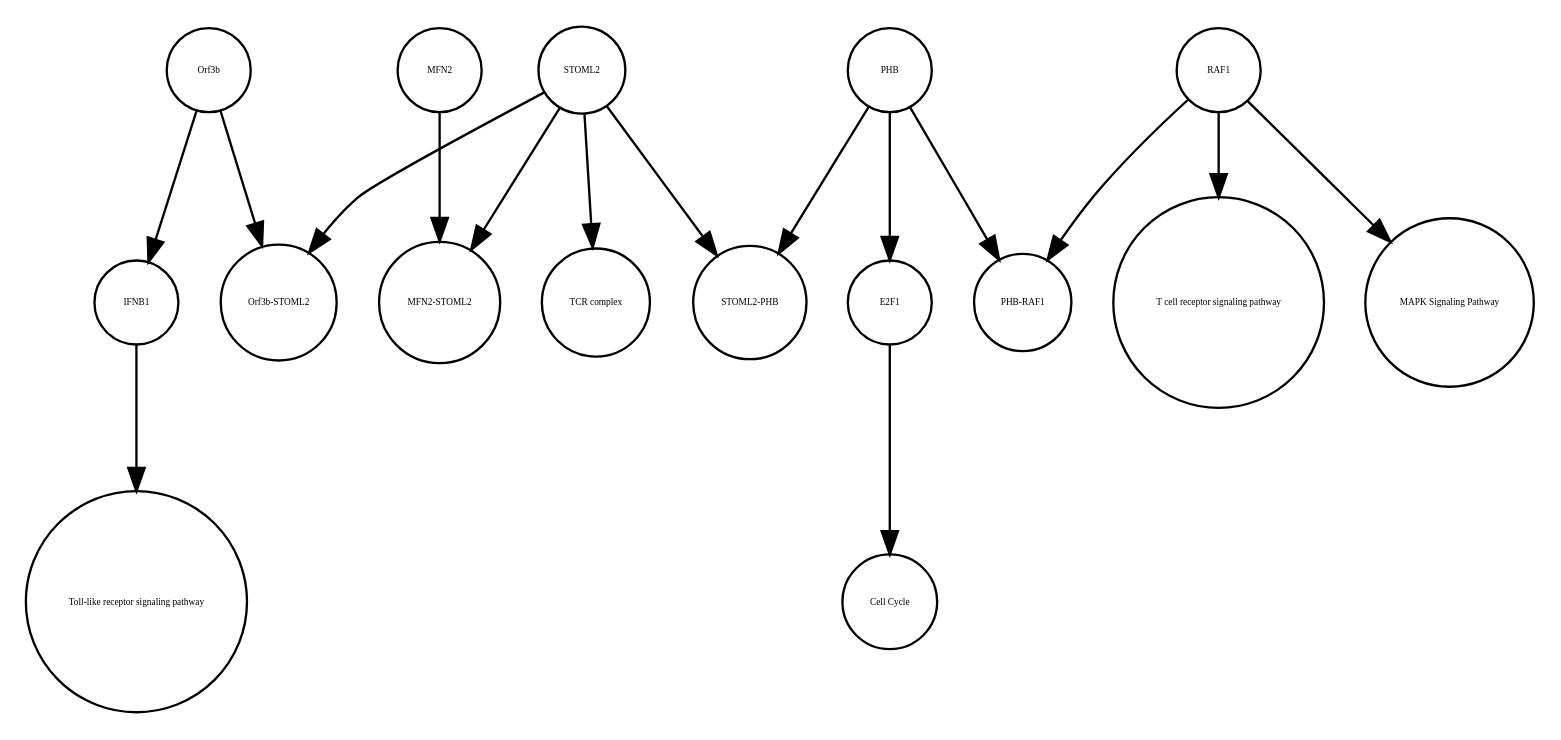
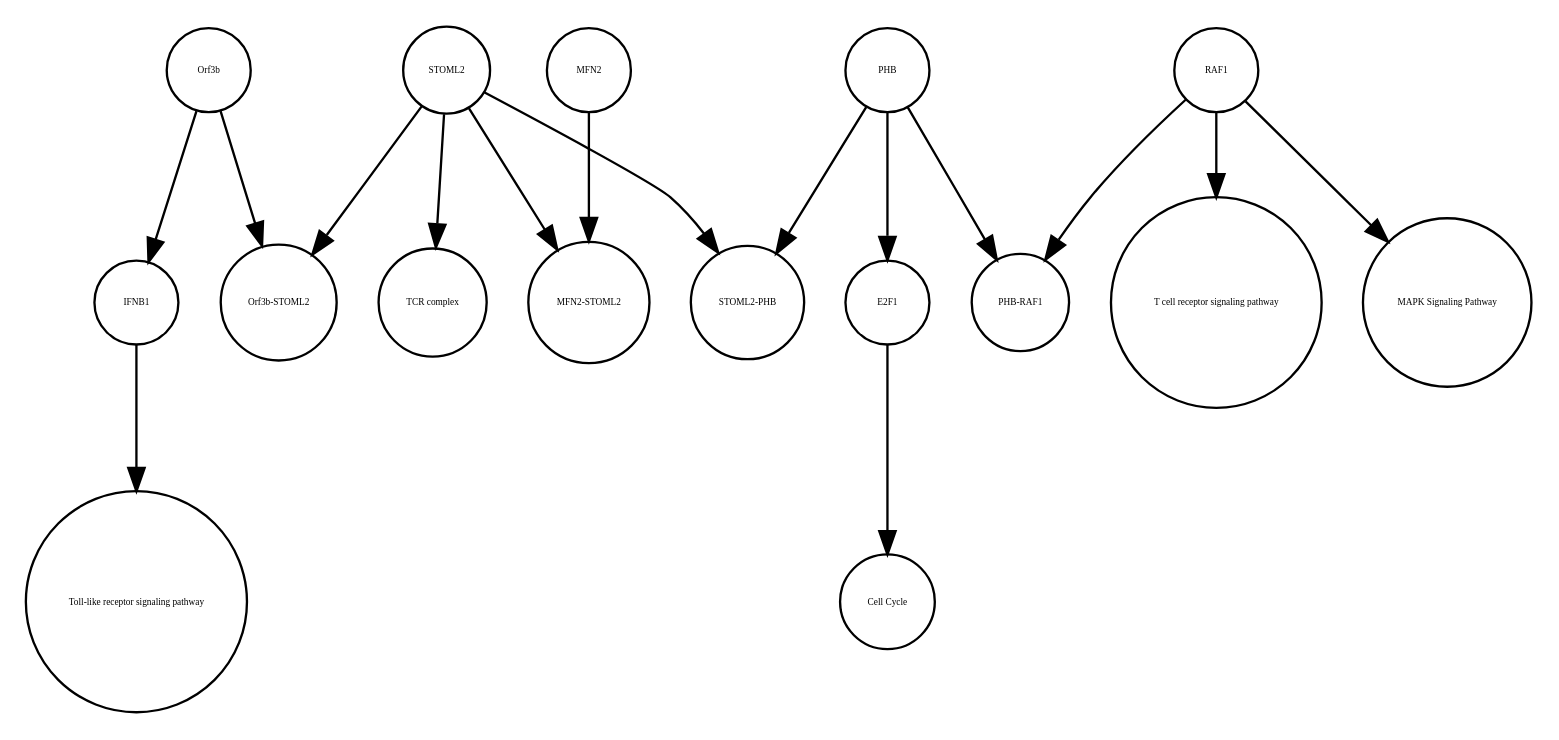
One commit to cannin/covid19-sbgn changed the diagram in Orf3b_0620_2020.xml_projected.dot. Above: the diagram before and after it, drawn with Graphviz. The commit also changed other lines of this file and 564 other files, not shown here.

```diff
--- a/Orf3b_0620_2020.xml_projected.dot
+++ b/Orf3b_0620_2020.xml_projected.dot
@@ -1,33 +1,33 @@
 strict digraph  {
 Orf3b [annotation="", bipartite=0, cls=macromolecule, fontsize=4, label=Orf3b, shape=circle];
 IFNB1 [annotation=urn_miriam_uniprot_P01574, bipartite=0, cls=macromolecule, fontsize=4, label=IFNB1, shape=circle];
 "Toll-like receptor signaling pathway" [annotation="urn_miriam_kegg.pathway_hsa04620", bipartite=0, cls=phenotype, fontsize=4, label="Toll-like receptor signaling pathway", shape=circle];
 PHB [annotation=urn_miriam_uniprot_P35232, bipartite=0, cls=macromolecule, fontsize=4, label=PHB, shape=circle];
 E2F1 [annotation=urn_miriam_uniprot_Q01094, bipartite=0, cls=macromolecule, fontsize=4, label=E2F1, shape=circle];
 "Cell Cycle" [annotation="urn_miriam_kegg.pathway_hsa04110", bipartite=0, cls=phenotype, fontsize=4, label="Cell Cycle", shape=circle];
 RAF1 [annotation=urn_miriam_uniprot_P04049, bipartite=0, cls=macromolecule, fontsize=4, label=RAF1, shape=circle];
 "MAPK Signaling Pathway" [annotation="urn_miriam_kegg.pathway_hsa04010", bipartite=0, cls=phenotype, fontsize=4, label="MAPK Signaling Pathway", shape=circle];
 "T cell receptor signaling pathway" [annotation="urn_miriam_kegg.pathway_hsa04660", bipartite=0, cls=phenotype, fontsize=4, label="T cell receptor signaling pathway", shape=circle];
-"MFN2-STOML2" [annotation="", bipartite=0, cls=complex, fontsize=4, label="MFN2-STOML2", shape=circle];
-STOML2 [annotation=urn_miriam_pubmed_18641330, bipartite=0, cls="macromolecule multimer", fontsize=4, label=STOML2, shape=circle];
 "STOML2-PHB" [annotation="", bipartite=0, cls=complex, fontsize=4, label="STOML2-PHB", shape=circle];
 "Orf3b-STOML2" [annotation="", bipartite=0, cls=complex, fontsize=4, label="Orf3b-STOML2", shape=circle];
 "PHB-RAF1" [annotation="", bipartite=0, cls=complex, fontsize=4, label="PHB-RAF1", shape=circle];
+STOML2 [annotation=urn_miriam_pubmed_18641330, bipartite=0, cls="macromolecule multimer", fontsize=4, label=STOML2, shape=circle];
+"MFN2-STOML2" [annotation="", bipartite=0, cls=complex, fontsize=4, label="MFN2-STOML2", shape=circle];
 "TCR complex" [annotation="urn_miriam_uniprot_P07766|urn_miriam_uniprot_P04234|urn_miriam_uniprot_P09693|urn_miriam_uniprot_P20963|urn_miriam_uniprot_P01848|urn_miriam_uniprot_Q9UJZ1|urn_miriam_uniprot_P0DSE2", bipartite=0, cls=complex, fontsize=4, label="TCR complex", shape=circle];
 MFN2 [annotation=urn_miriam_uniprot_O95140, bipartite=0, cls=macromolecule, fontsize=4, label=MFN2, shape=circle];
 Orf3b -> IFNB1  [annotation="", interaction_type=inhibition];
 Orf3b -> "Orf3b-STOML2"  [annotation="", interaction_type=production];
 IFNB1 -> "Toll-like receptor signaling pathway"  [annotation="", interaction_type=stimulation];
 PHB -> E2F1  [annotation="", interaction_type=inhibition];
 PHB -> "PHB-RAF1"  [annotation="", interaction_type=production];
 PHB -> "STOML2-PHB"  [annotation="", interaction_type=production];
 E2F1 -> "Cell Cycle"  [annotation="", interaction_type=stimulation];
 RAF1 -> "MAPK Signaling Pathway"  [annotation="", interaction_type=stimulation];
 RAF1 -> "T cell receptor signaling pathway"  [annotation="", interaction_type=stimulation];
 RAF1 -> "PHB-RAF1"  [annotation="", interaction_type=production];
-STOML2 -> "Orf3b-STOML2"  [annotation="", interaction_type=production];
+STOML2 -> "TCR complex"  [annotation="", interaction_type=production];
 STOML2 -> "MFN2-STOML2"  [annotation="", interaction_type=production];
 STOML2 -> "STOML2-PHB"  [annotation="", interaction_type=production];
-STOML2 -> "TCR complex"  [annotation="", interaction_type=production];
+STOML2 -> "Orf3b-STOML2"  [annotation="", interaction_type=production];
 MFN2 -> "MFN2-STOML2"  [annotation="", interaction_type=production];
 }
```
